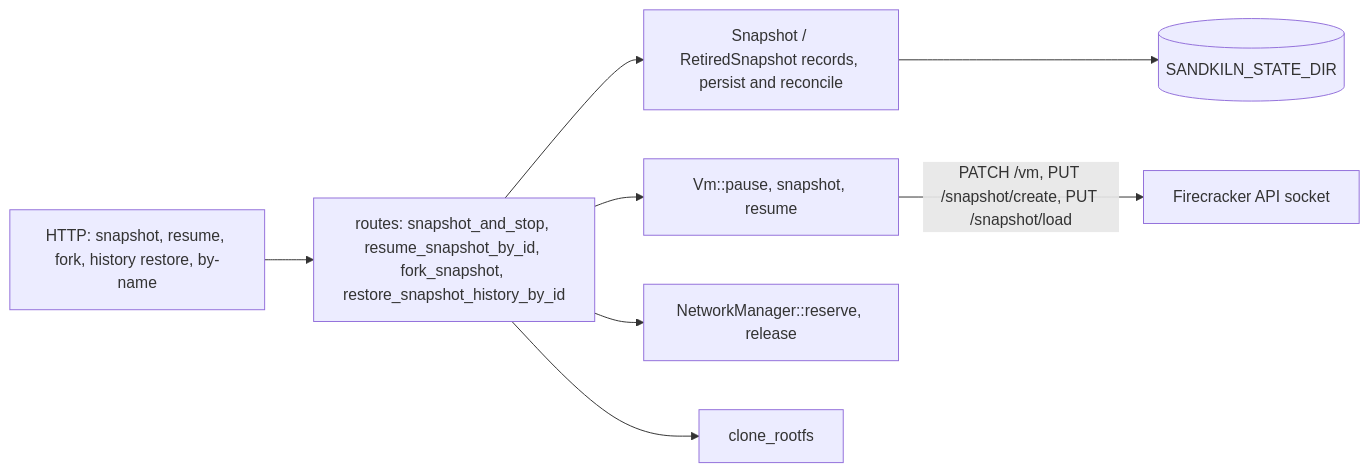
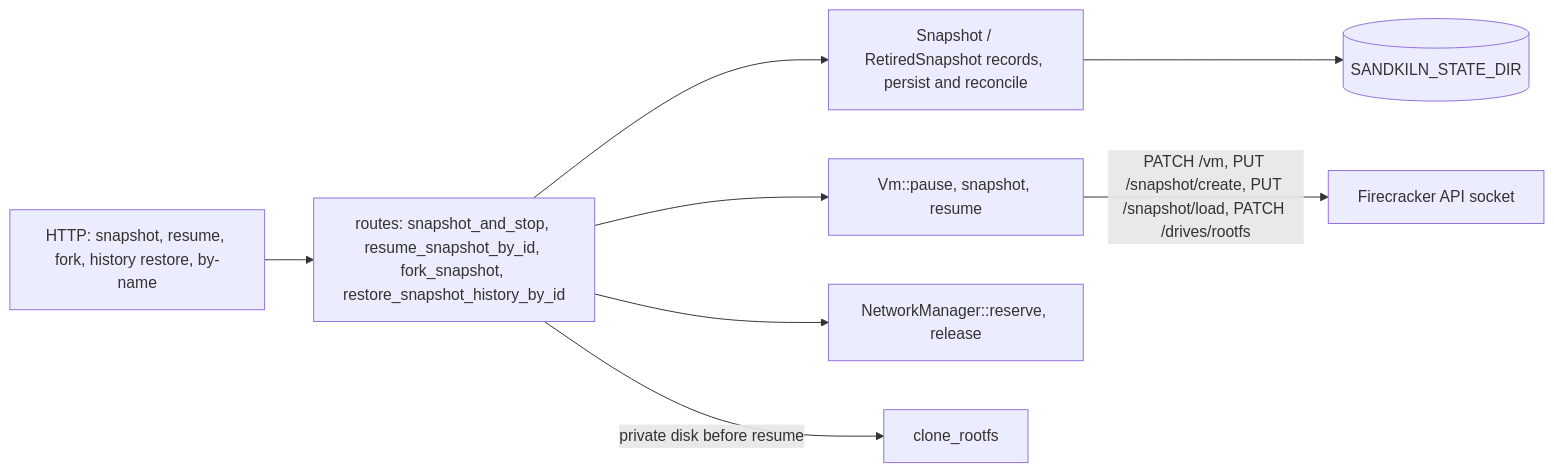
One commit to SumitKumar-17/sandkiln changed the first of 4 diagrams in website/src/content/engineering/06-snapshots-resume-fork.md. Above: the diagram before and after it, drawn with Mermaid. The commit also changed other lines of this file and 91 other files, not shown here.

````diff
--- a/website/src/content/engineering/06-snapshots-resume-fork.md
+++ b/website/src/content/engineering/06-snapshots-resume-fork.md
@@ -13,10 +13,10 @@
 ```mermaid
 flowchart LR
     API[HTTP: snapshot, resume, fork, history restore, by-name] --> R[routes: snapshot_and_stop, resume_snapshot_by_id, fork_snapshot, restore_snapshot_history_by_id]
     R --> S[Snapshot / RetiredSnapshot records, persist and reconcile]
     R --> V[Vm::pause, snapshot, resume]
-    V -->|PATCH /vm, PUT /snapshot/create, PUT /snapshot/load| FC[Firecracker API socket]
+    V -->|PATCH /vm, PUT /snapshot/create, PUT /snapshot/load, PATCH /drives/rootfs| FC[Firecracker API socket]
     R --> N[NetworkManager::reserve, release]
-    R --> C[clone_rootfs]
+    R -->|private disk before resume| C[clone_rootfs]
     S --> D[(SANDKILN_STATE_DIR)]
 ```
````
